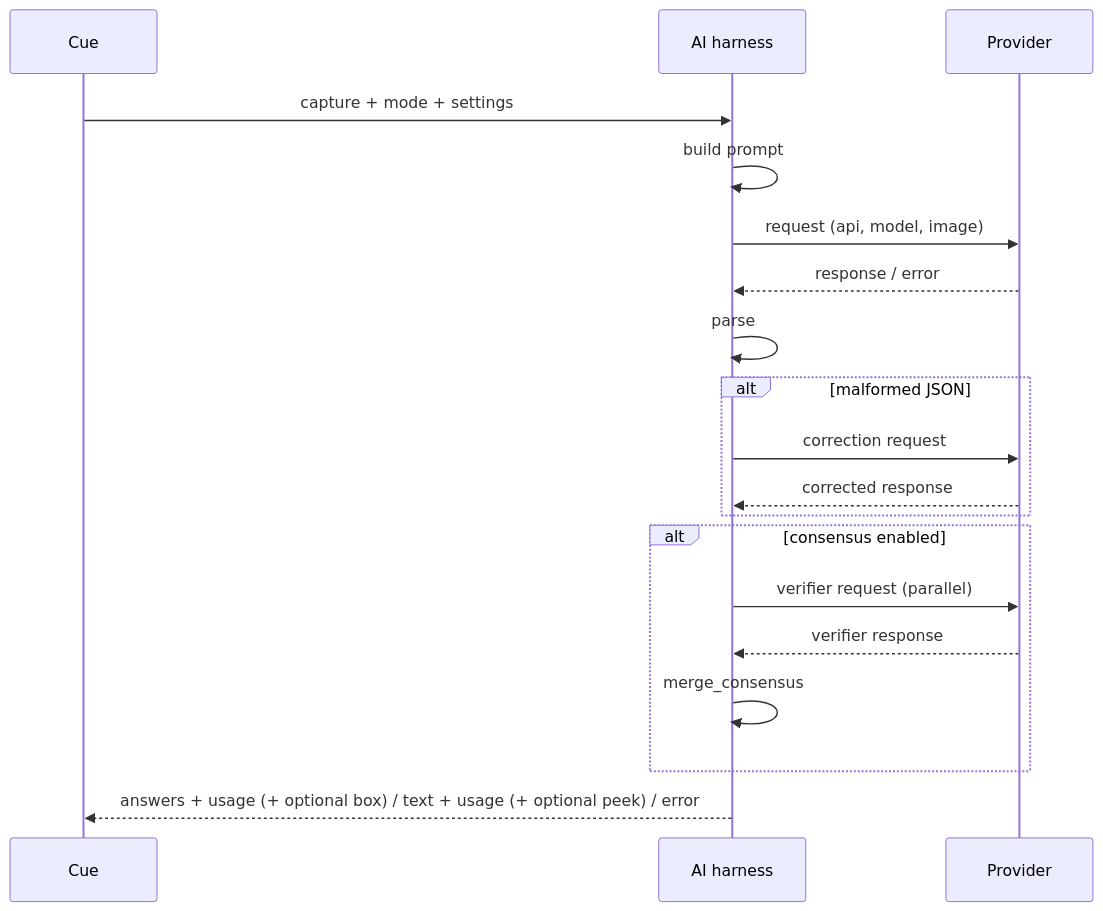
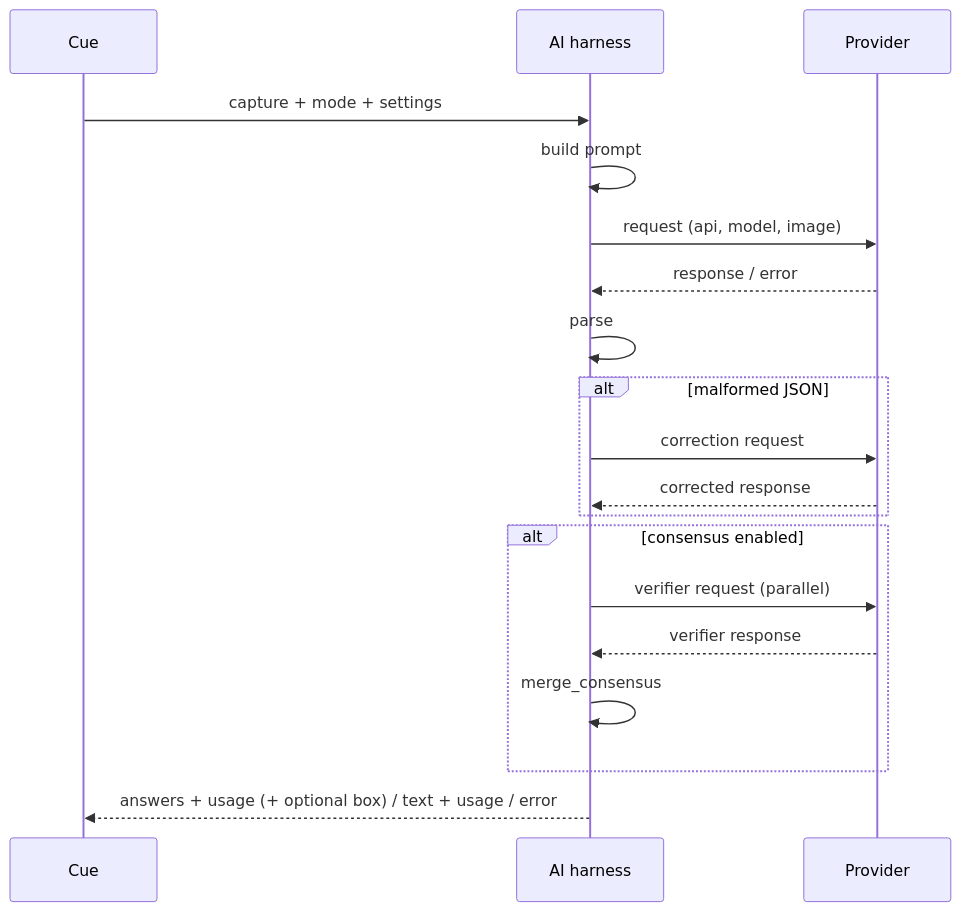
Before and after one commit to gguatit/cue: the diagram in docs/AI_HARNESS.md, drawn with Mermaid. The commit also changed other lines of this file and 28 other files, not shown here.

````diff
--- a/docs/AI_HARNESS.md
+++ b/docs/AI_HARNESS.md
@@ -275,21 +275,21 @@
 ```mermaid
 sequenceDiagram
   participant C as Cue
   participant H as AI harness
   participant P as Provider
   C->>H: capture + mode + settings
   H->>H: build prompt
   H->>P: request (api, model, image)
   P-->>H: response / error
   H->>H: parse
   alt malformed JSON
     H->>P: correction request
     P-->>H: corrected response
   end
   alt consensus enabled
     H->>P: verifier request (parallel)
     P-->>H: verifier response
     H->>H: merge_consensus
   end
-  H-->>C: answers + usage (+ optional box) / text + usage (+ optional peek) / error
+  H-->>C: answers + usage (+ optional box) / text + usage / error
 ```
````
